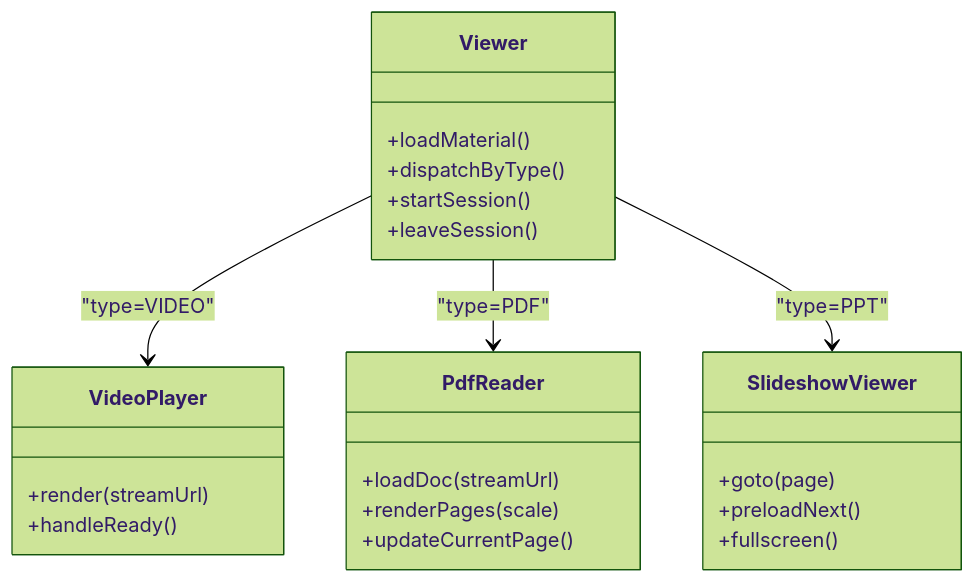
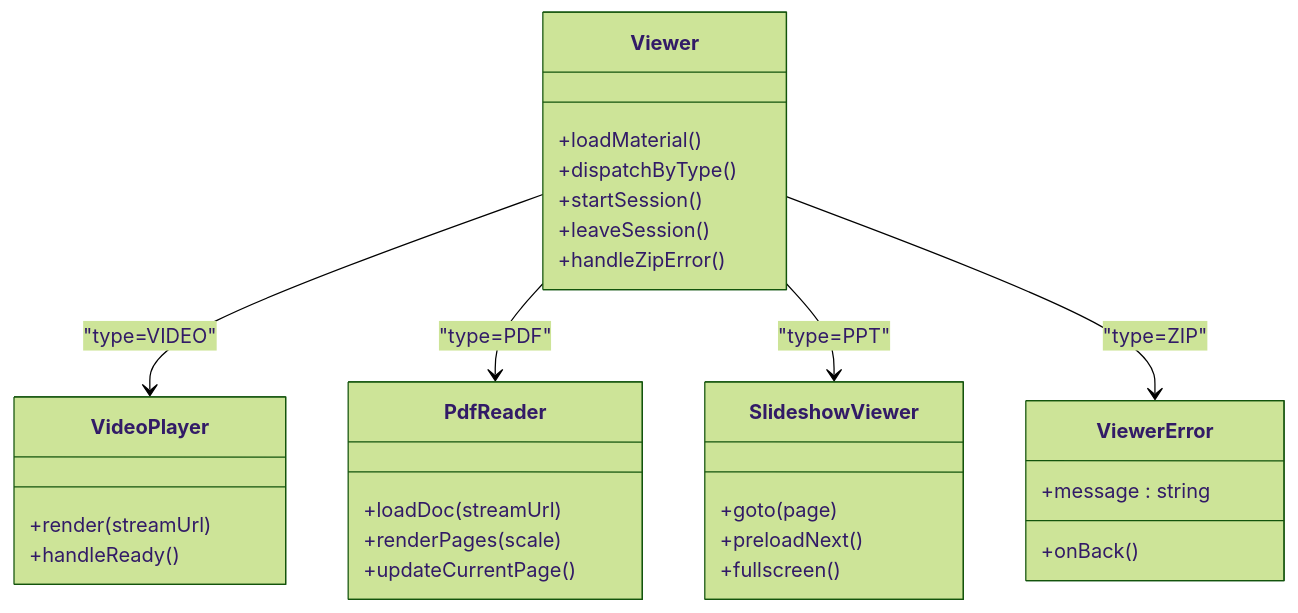
Before and after one commit to leo21cn/ai-learning-hub: the fifth of 6 diagrams in .qoder/repowiki/zh/content/前端开发指南/页面开发/前台页面开发/课件详情页面.md, drawn with Mermaid (forest theme). The commit also changed other lines of this file and 41 other files, not shown here.

````diff
--- a/.qoder/repowiki/zh/content/前端开发指南/页面开发/前台页面开发/课件详情页面.md
+++ b/.qoder/repowiki/zh/content/前端开发指南/页面开发/前台页面开发/课件详情页面.md
@@ -285,26 +324,32 @@
 ```mermaid
 classDiagram
 class Viewer {
 +loadMaterial()
 +dispatchByType()
 +startSession()
 +leaveSession()
++handleZipError()
 }
 class VideoPlayer {
 +render(streamUrl)
 +handleReady()
 }
 class PdfReader {
 +loadDoc(streamUrl)
 +renderPages(scale)
 +updateCurrentPage()
 }
 class SlideshowViewer {
 +goto(page)
 +preloadNext()
 +fullscreen()
 }
+class ViewerError {
++message : string
++onBack()
+}
 Viewer --> VideoPlayer : "type=VIDEO"
 Viewer --> PdfReader : "type=PDF"
 Viewer --> SlideshowViewer : "type=PPT"
+Viewer --> ViewerError : "type=ZIP"
 ```
````
